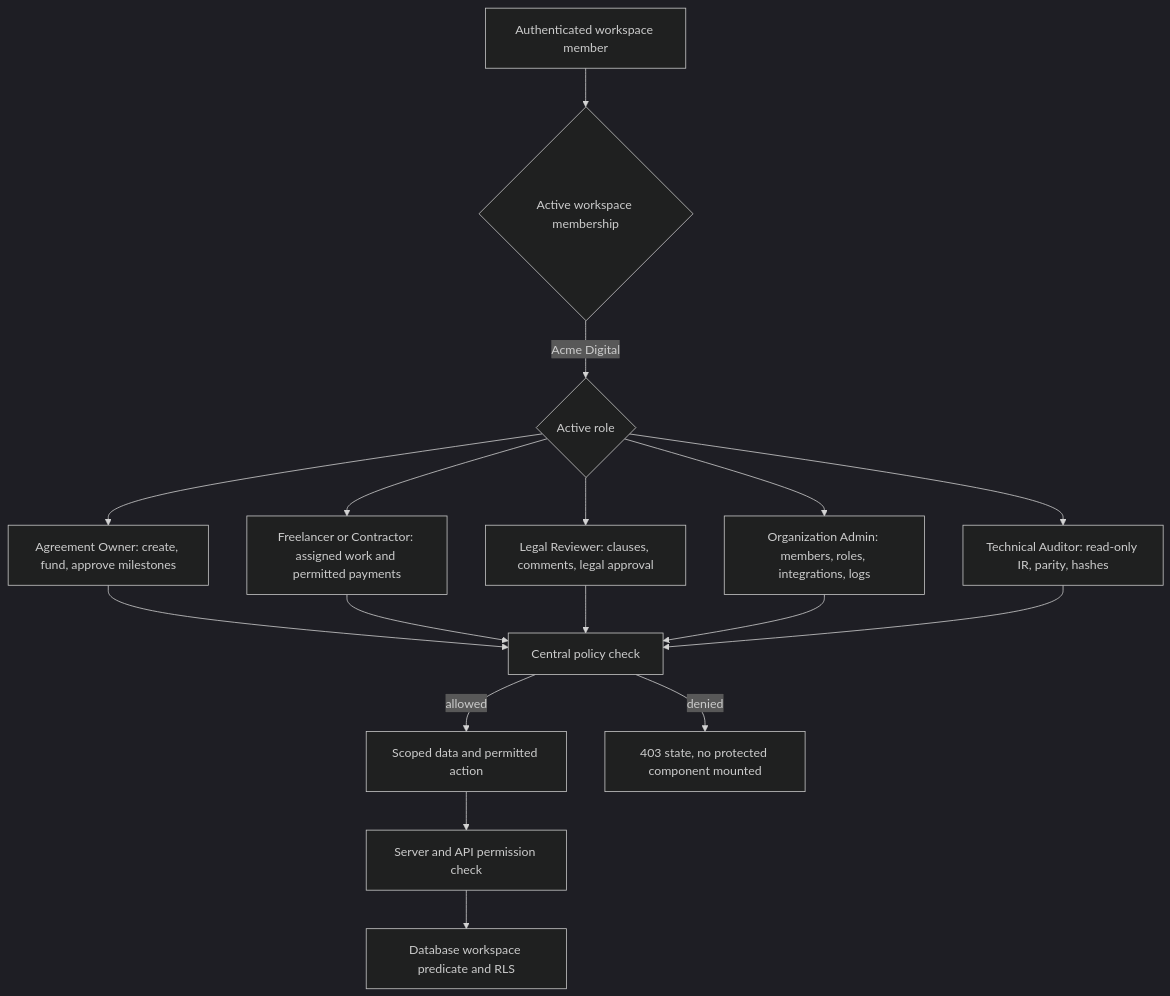
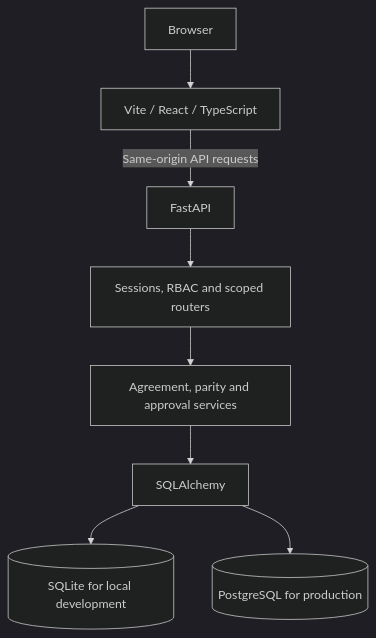
One commit to the-nidhi-bhat/LEXORA-LegalX changed the second of 2 diagrams in README.md. Above: the diagram before and after it, drawn with Mermaid (dark theme). The commit also changed other lines of this file and 16 other files, not shown here.

````diff
--- a/README.md
+++ b/README.md
@@ -305,19 +43,10 @@
 ```mermaid
-flowchart TB
-    U[Authenticated workspace member] --> W{Active workspace membership}
-    W -->|Acme Digital| R{Active role}
-    R --> O[Agreement Owner: create, fund, approve milestones]
-    R --> F[Freelancer or Contractor: assigned work and permitted payments]
-    R --> L[Legal Reviewer: clauses, comments, legal approval]
-    R --> A[Organization Admin: members, roles, integrations, logs]
-    R --> T[Technical Auditor: read-only IR, parity, hashes]
-    O --> P[Central policy check]
-    F --> P
-    L --> P
-    A --> P
-    T --> P
-    P -->|allowed| D[Scoped data and permitted action]
-    P -->|denied| X[403 state, no protected component mounted]
-    D --> S[Server and API permission check]
-    S --> Q[Database workspace predicate and RLS]
+flowchart TD
+    U[Browser] --> W[Vite / React / TypeScript]
+    W -->|Same-origin API requests| A[FastAPI]
+    A --> R[Sessions, RBAC and scoped routers]
+    R --> S[Agreement, parity and approval services]
+    S --> Q[SQLAlchemy]
+    Q --> L[(SQLite for local development)]
+    Q --> P[(PostgreSQL for production)]
 ```
````
